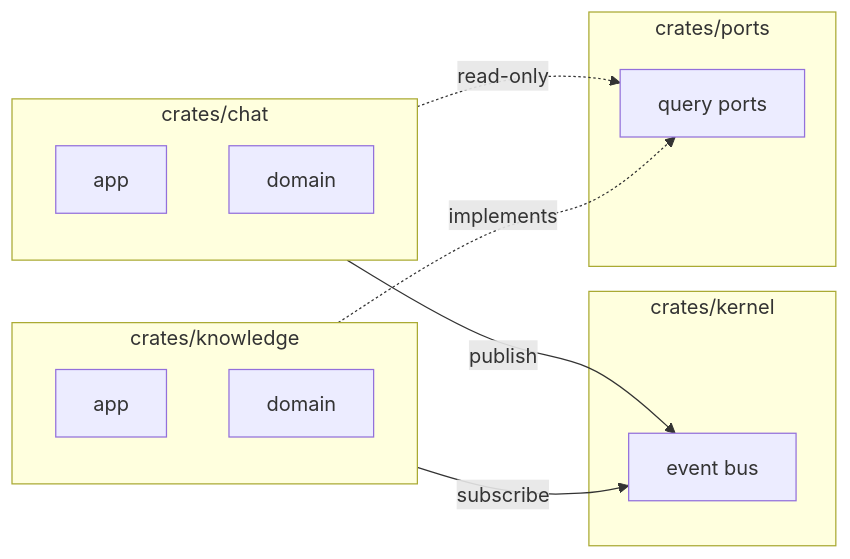
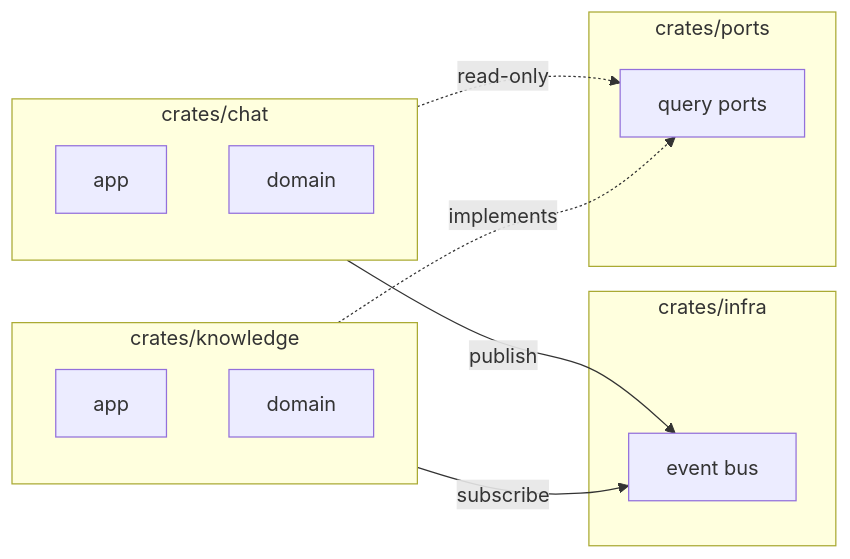
The diagram in skills/dingda/architecture/feature-boundary.md (kingning2/OpenDesk), drawn with Mermaid before and after one commit. The commit also changed 13 other files, not shown here.

First line of the commit message:
docs: 更新架构文档、模块依赖图与 skill 指南

````diff
--- a/skills/dingda/architecture/feature-boundary.md
+++ b/skills/dingda/architecture/feature-boundary.md
@@ -13,25 +13,25 @@
 ```mermaid
 flowchart LR
     subgraph chat_crate["crates/chat"]
         C_APP[app]
         C_DOM[domain]
     end
 
     subgraph knowledge_crate["crates/knowledge"]
         K_APP[app]
         K_DOM[domain]
     end
 
-    subgraph kernel["crates/kernel"]
+    subgraph kernel["crates/infra"]
         EB[event bus]
     end
 
     subgraph ports["crates/ports"]
         QP[query ports]
     end
 
     chat_crate -->|publish| EB
     knowledge_crate -->|subscribe| EB
     chat_crate -.->|read-only| QP
     knowledge_crate -.->|implements| QP
 ```
````
